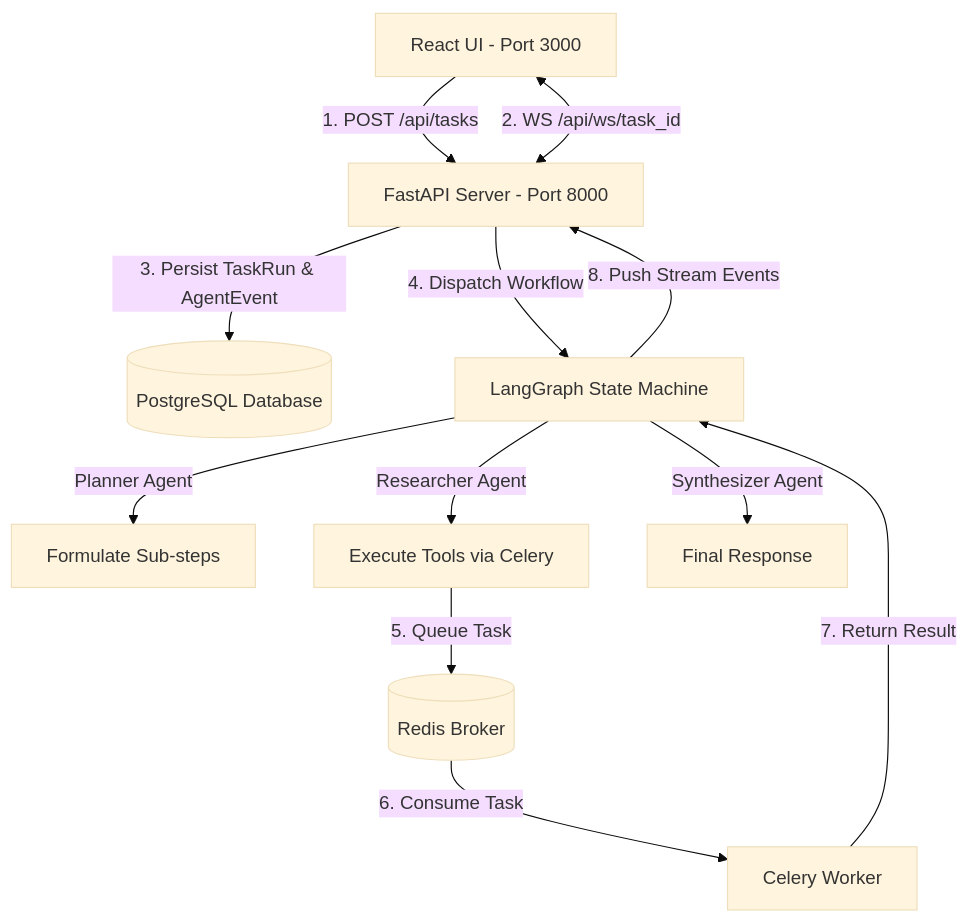
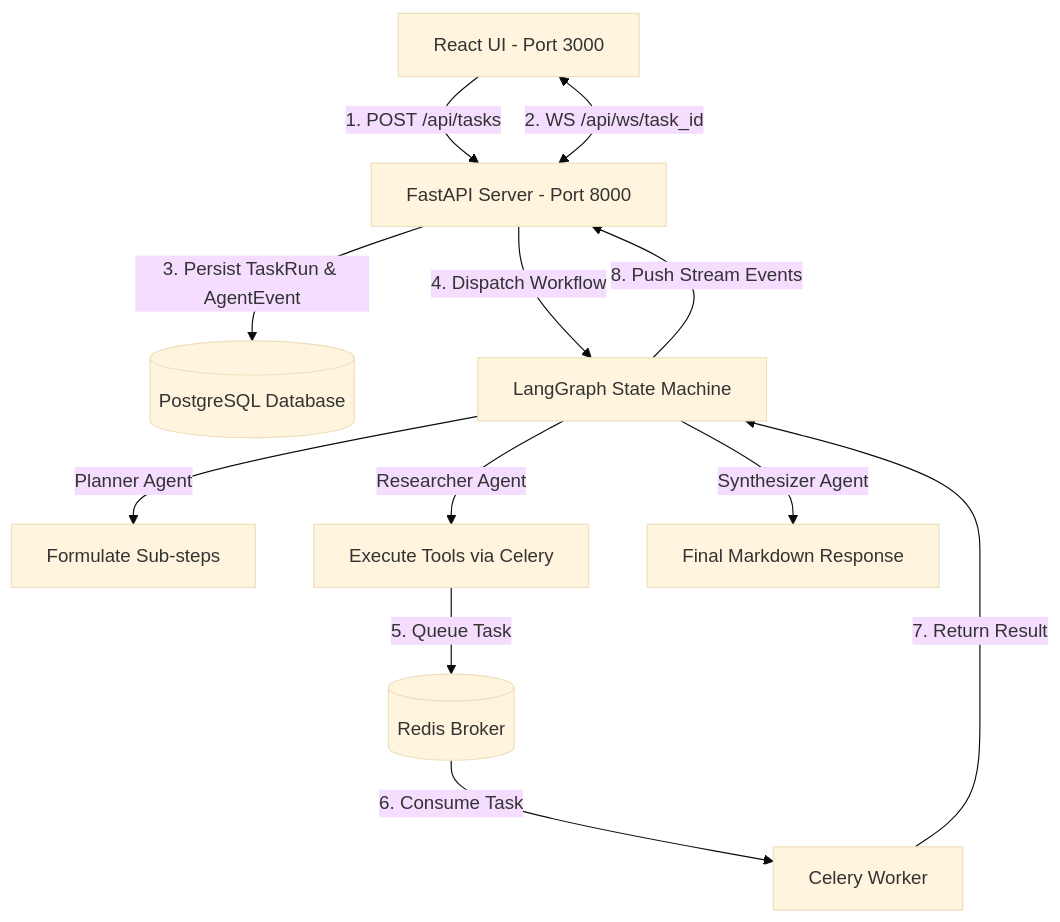
The diagram in README.md (SabbellaLaharika/Multi-Agent-Orchestration-System), drawn with Mermaid (base theme) before and after one commit. The commit also changed other lines of this file and 8 other files, not shown here.

````diff
--- a/README.md
+++ b/README.md
@@ -9,14 +45,14 @@
 ```mermaid
 graph TD
     Client[React UI - Port 3000] -->|1. POST /api/tasks| API[FastAPI Server - Port 8000]
     Client <-->|2. WS /api/ws/task_id| API
     API -->|3. Persist TaskRun & AgentEvent| DB[(PostgreSQL Database)]
     API -->|4. Dispatch Workflow| Graph[LangGraph State Machine]
     Graph -->|Planner Agent| Plan[Formulate Sub-steps]
     Graph -->|Researcher Agent| Tools[Execute Tools via Celery]
     Tools -->|5. Queue Task| Redis[(Redis Broker)]
     Redis -->|6. Consume Task| Worker[Celery Worker]
     Worker -->|7. Return Result| Graph
-    Graph -->|Synthesizer Agent| Output[Final Response]
+    Graph -->|Synthesizer Agent| Output[Final Markdown Response]
     Graph -->|8. Push Stream Events| API
 ```
````
